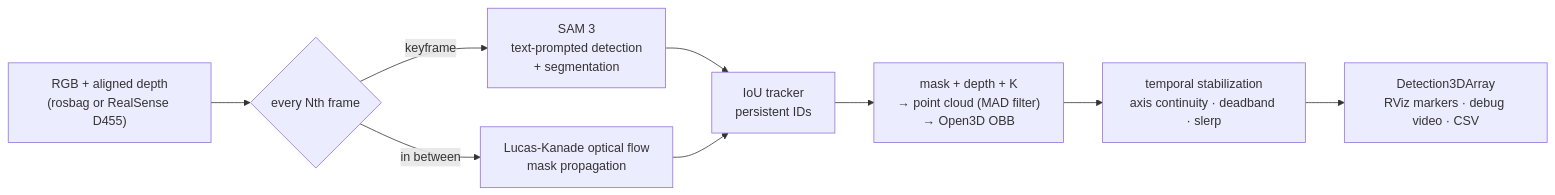
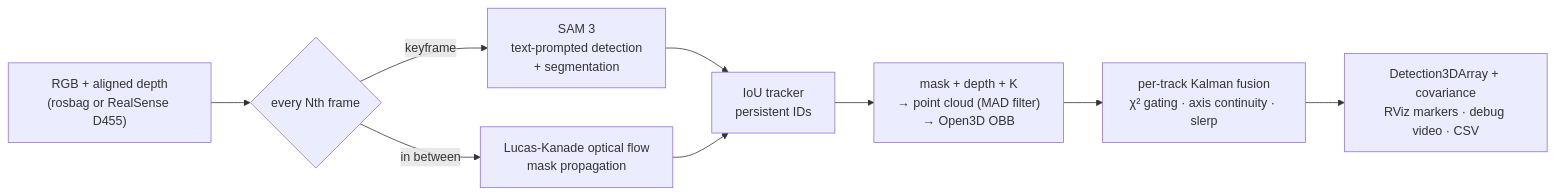
One commit to ingon1026/pose-anything changed the diagram in README.md. Above: the diagram before and after it, drawn with Mermaid. The commit also changed other lines of this file, not shown here.

````diff
--- a/README.md
+++ b/README.md
@@ -31,11 +31,11 @@
 ```mermaid
 flowchart LR
     A["RGB + aligned depth<br/>(rosbag or RealSense D455)"] --> B{"every Nth frame"}
     B -- "keyframe" --> C["SAM 3<br/>text-prompted detection<br/>+ segmentation"]
     B -- "in between" --> D["Lucas-Kanade optical flow<br/>mask propagation"]
     C --> E["IoU tracker<br/>persistent IDs"]
     D --> E
     E --> F["mask + depth + K<br/>→ point cloud (MAD filter)<br/>→ Open3D OBB"]
-    F --> G["temporal stabilization<br/>axis continuity · deadband · slerp"]
-    G --> H["Detection3DArray<br/>RViz markers · debug video · CSV"]
+    F --> G["per-track Kalman fusion<br/>χ² gating · axis continuity · slerp"]
+    G --> H["Detection3DArray + covariance<br/>RViz markers · debug video · CSV"]
 ```
````
